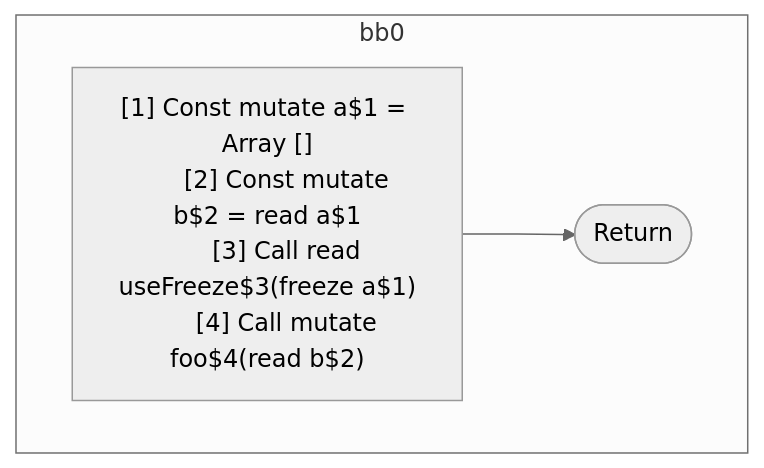
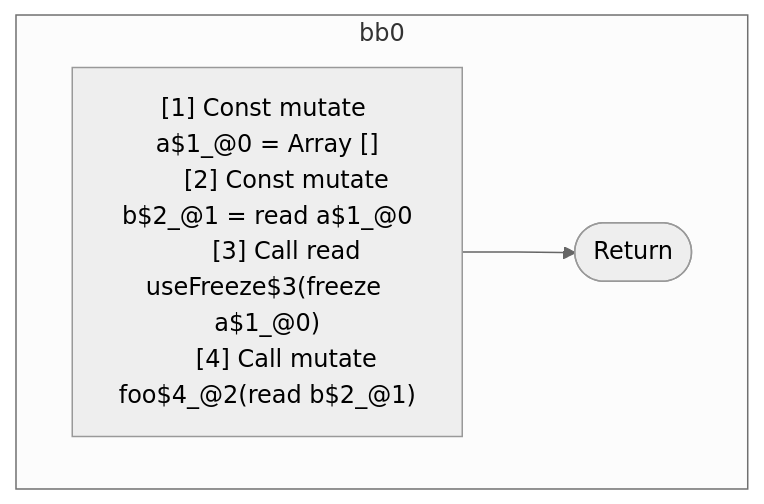
One commit to wutsmog/private changed the first of 3 diagrams in compiler/forget/src/__tests__/fixtures/hir/frozen-after-alias.expect.md. Above: the diagram before and after it, drawn with Mermaid (neutral theme). The commit also changed other lines of this file and 60 other files, not shown here.

````diff
--- a/compiler/forget/src/__tests__/fixtures/hir/frozen-after-alias.expect.md
+++ b/compiler/forget/src/__tests__/fixtures/hir/frozen-after-alias.expect.md
@@ -30,16 +30,16 @@
 ```mermaid
 flowchart TB
   %% Basic Blocks
   subgraph bb0
     bb0_instrs["
-      [1] Const mutate a$1 = Array []
-      [2] Const mutate b$2 = read a$1
-      [3] Call read useFreeze$3(freeze a$1)
-      [4] Call mutate foo$4(read b$2)
+      [1] Const mutate a$1_@0 = Array []
+      [2] Const mutate b$2_@1 = read a$1_@0
+      [3] Call read useFreeze$3(freeze a$1_@0)
+      [4] Call mutate foo$4_@2(read b$2_@1)
     "]
     bb0_instrs --> bb0_terminal(["Return"])
   end
 
   %% Jumps
   %% empty
 ```
````
